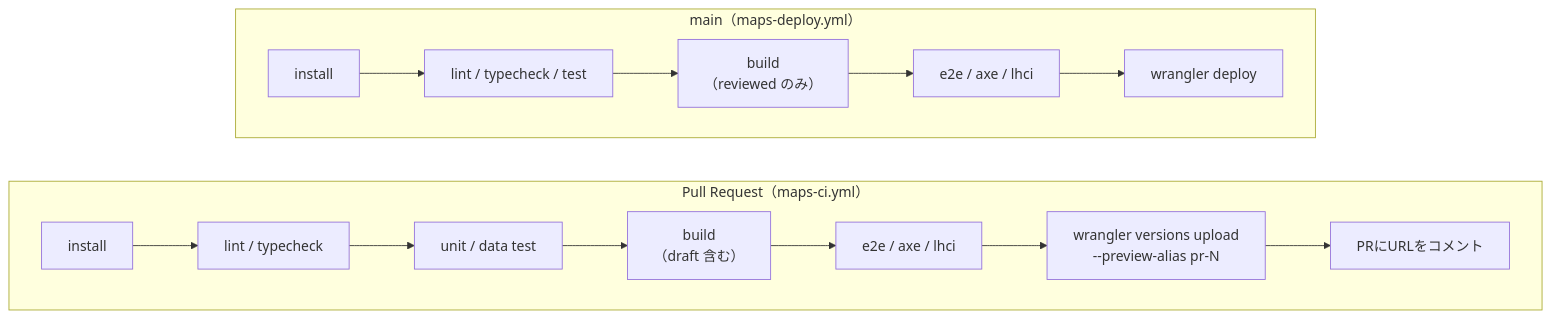
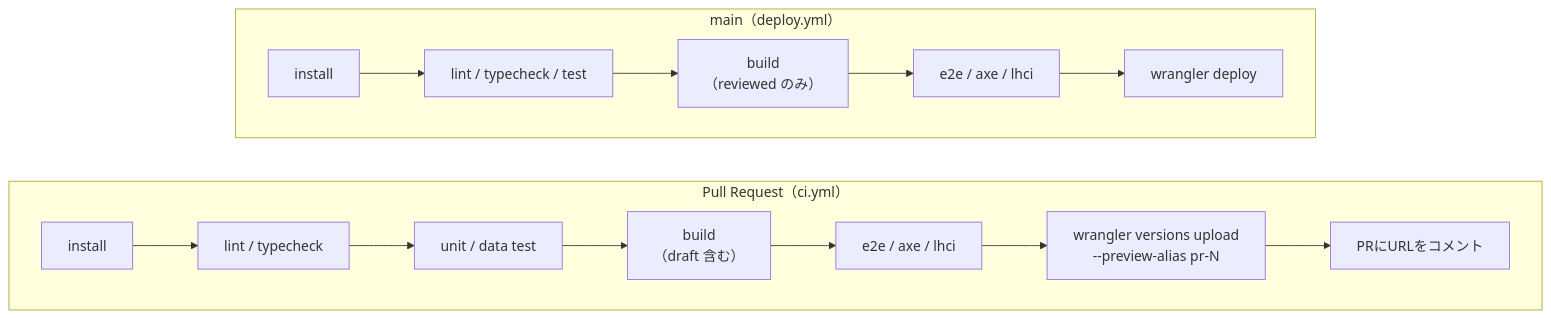
One commit to vivastack-labs/vivastack-build-maps changed the fourth of 5 diagrams in docs/development-overview.md. Above: the diagram before and after it, drawn with Mermaid. The commit also changed other lines of this file, not shown here.

First line of the commit message:
docs: align development overview with vivastack-build-maps repo

````diff
--- a/docs/development-overview.md
+++ b/docs/development-overview.md
@@ -750,19 +781,19 @@
 ```mermaid
 flowchart LR
-  subgraph PR["Pull Request（maps-ci.yml）"]
+  subgraph PR["Pull Request（ci.yml）"]
     direction LR
     A1[install] --> A2[lint / typecheck]
     A2 --> A3[unit / data test]
     A3 --> A4["build<br/>（draft 含む）"]
     A4 --> A5[e2e / axe / lhci]
     A5 --> A6["wrangler versions upload<br/>--preview-alias pr-N"]
     A6 --> A7[PRにURLをコメント]
   end
-  subgraph MAIN["main（maps-deploy.yml）"]
+  subgraph MAIN["main（deploy.yml）"]
     direction LR
     B1[install] --> B2[lint / typecheck / test]
     B2 --> B3["build<br/>（reviewed のみ）"]
     B3 --> B4[e2e / axe / lhci]
     B4 --> B5[wrangler deploy]
   end
 ```
````
